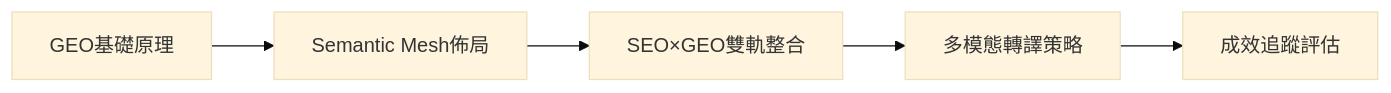
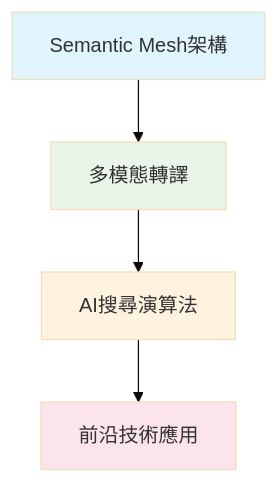
The diagram in README.md (bless25min/AIOGEO-Knowledge), drawn with Mermaid (base theme) before and after one commit. The commit also changed other lines of this file, not shown here.

````diff
--- a/README.md
+++ b/README.md
@@ -58,7 +80,11 @@
 ```mermaid
-graph LR
-    A[GEO基礎原理] --> B[Semantic Mesh佈局]
-    B --> C[SEO×GEO雙軌整合]
-    C --> D[多模態轉譯策略]
-    D --> E[成效追蹤評估]
+graph TD
+    A[Semantic Mesh架構] --> B[多模態轉譯]
+    B --> C[AI搜尋演算法]
+    C --> D[前沿技術應用]
+    
+    style A fill:#e1f5fe
+    style B fill:#e8f5e8  
+    style C fill:#fff3e0
+    style D fill:#fce4ec
 ```
````
